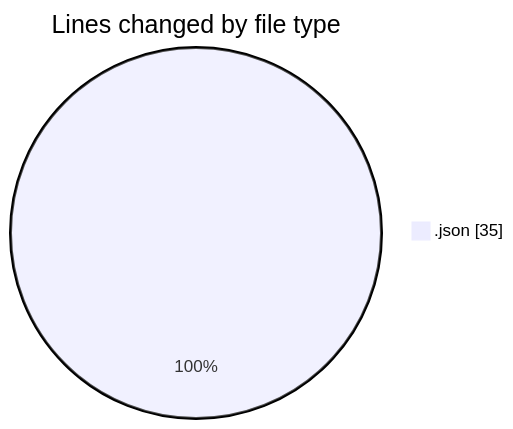
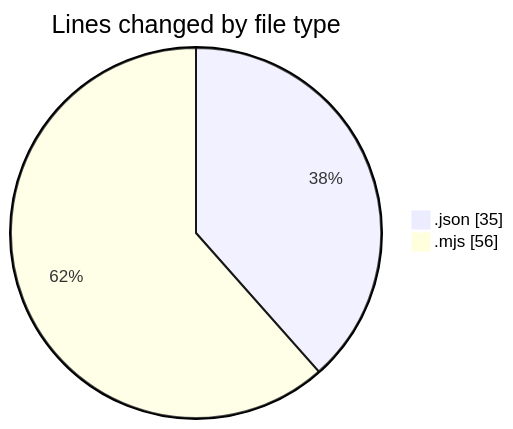
The first of 2 diagrams in 2025-01-28/trollerboard/README.md (charlie-sans/code-tracking), drawn with Mermaid before and after one commit. The commit also changed other lines of this file and 1 other file, not shown here.

````diff
--- a/2025-01-28/trollerboard/README.md
+++ b/2025-01-28/trollerboard/README.md
@@ -20,5 +21,6 @@
 ```mermaid
 pie showData
 title Lines changed by file type
 ".json" : 35
+".mjs" : 56
 ```
````
